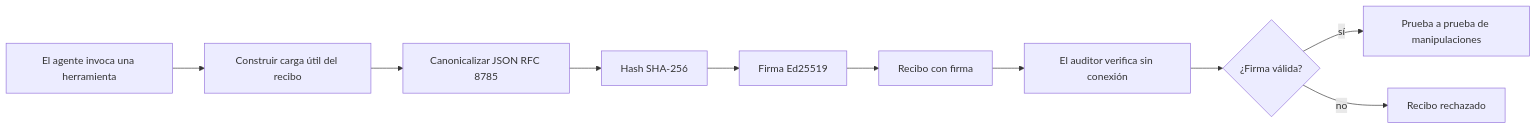
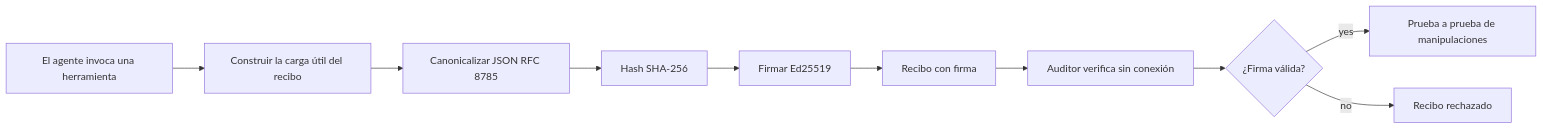
Before and after one commit to gabrielmoreira/agent-skills-mirror: the first of 2 diagrams in mirrors/repos/microsoft@ai-agents-for-beginners/translations/es/18-securing-ai-agents/README.md, drawn with Mermaid. The commit also changed other lines of this file and 8253 other files, not shown here.

````diff
--- a/mirrors/repos/microsoft@ai-agents-for-beginners/translations/es/18-securing-ai-agents/README.md
+++ b/mirrors/repos/microsoft@ai-agents-for-beginners/translations/es/18-securing-ai-agents/README.md
@@ -51,12 +51,12 @@
 ```mermaid
 flowchart LR
-    A[El agente invoca una herramienta] --> B[Construir carga útil del recibo]
+    A[El agente invoca una herramienta] --> B[Construir la carga útil del recibo]
     B --> C[Canonicalizar JSON RFC 8785]
     C --> D[Hash SHA-256]
-    D --> E[Firma Ed25519]
+    D --> E[Firmar Ed25519]
     E --> F[Recibo con firma]
-    F --> G[El auditor verifica sin conexión]
+    F --> G[Auditor verifica sin conexión]
     G --> H{¿Firma válida?}
-    H -- sí --> I[Prueba a prueba de manipulaciones]
+    H -- yes --> I[Prueba a prueba de manipulaciones]
     H -- no --> J[Recibo rechazado]
 ```
````
